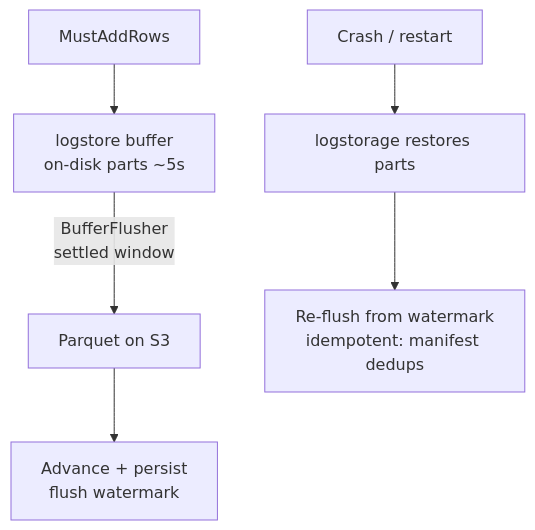
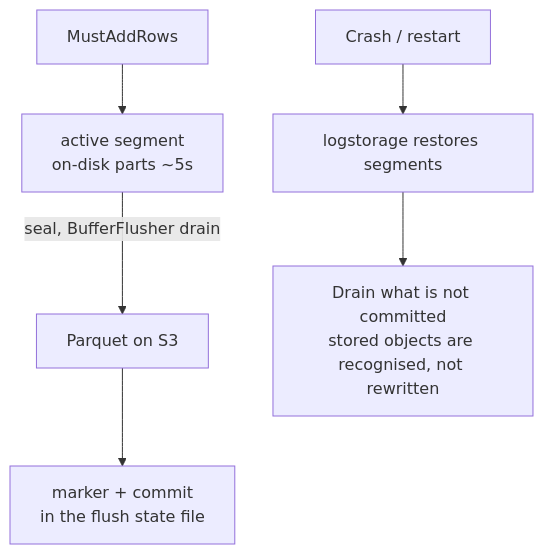
One commit to ReliablyObserve/victoria-lakehouse changed the sixth of 17 diagrams in docs/storage-flow.md. Above: the diagram before and after it, drawn with Mermaid. The commit also changed other lines of this file and 34 other files, not shown here.

Commit message:
docs(durability): describe the segmented durable insert buffer and update the docs that referred to the staging engine, WAL cutover and read watermark

````diff
--- a/docs/storage-flow.md
+++ b/docs/storage-flow.md
@@ -185,8 +169,8 @@
 ```mermaid
 flowchart TD
-    ADD[MustAddRows] --> BUF[logstore buffer<br/>on-disk parts ~5s]
-    BUF -->|BufferFlusher<br/>settled window| S3[Parquet on S3]
-    S3 --> WM[Advance + persist<br/>flush watermark]
-    CRASH[Crash / restart] --> RESTORE[logstorage restores parts]
-    RESTORE --> REFLUSH[Re-flush from watermark<br/>idempotent: manifest dedups]
+    ADD[MustAddRows] --> BUF[active segment<br/>on-disk parts ~5s]
+    BUF -->|seal, BufferFlusher drain| S3[Parquet on S3]
+    S3 --> CM[marker + commit<br/>in the flush state file]
+    CRASH[Crash / restart] --> RESTORE[logstorage restores segments]
+    RESTORE --> REDRAIN[Drain what is not committed<br/>stored objects are recognised, not rewritten]
 ```
````
